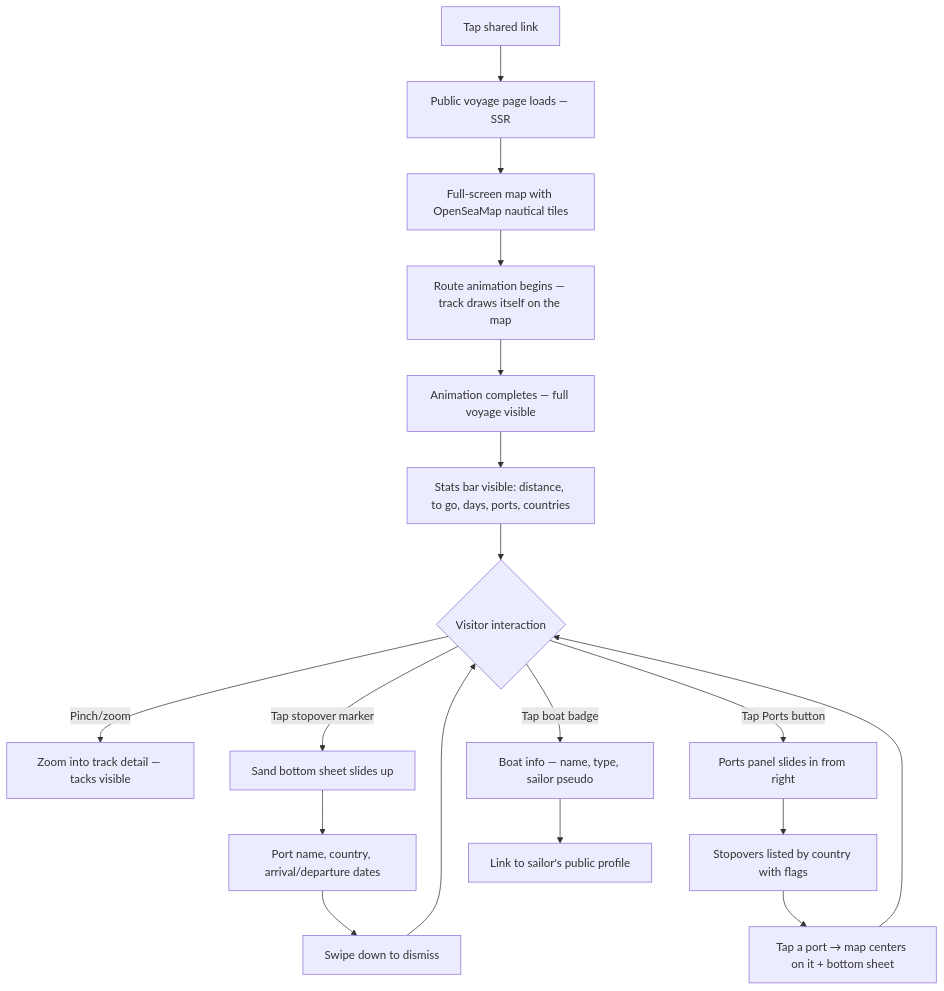
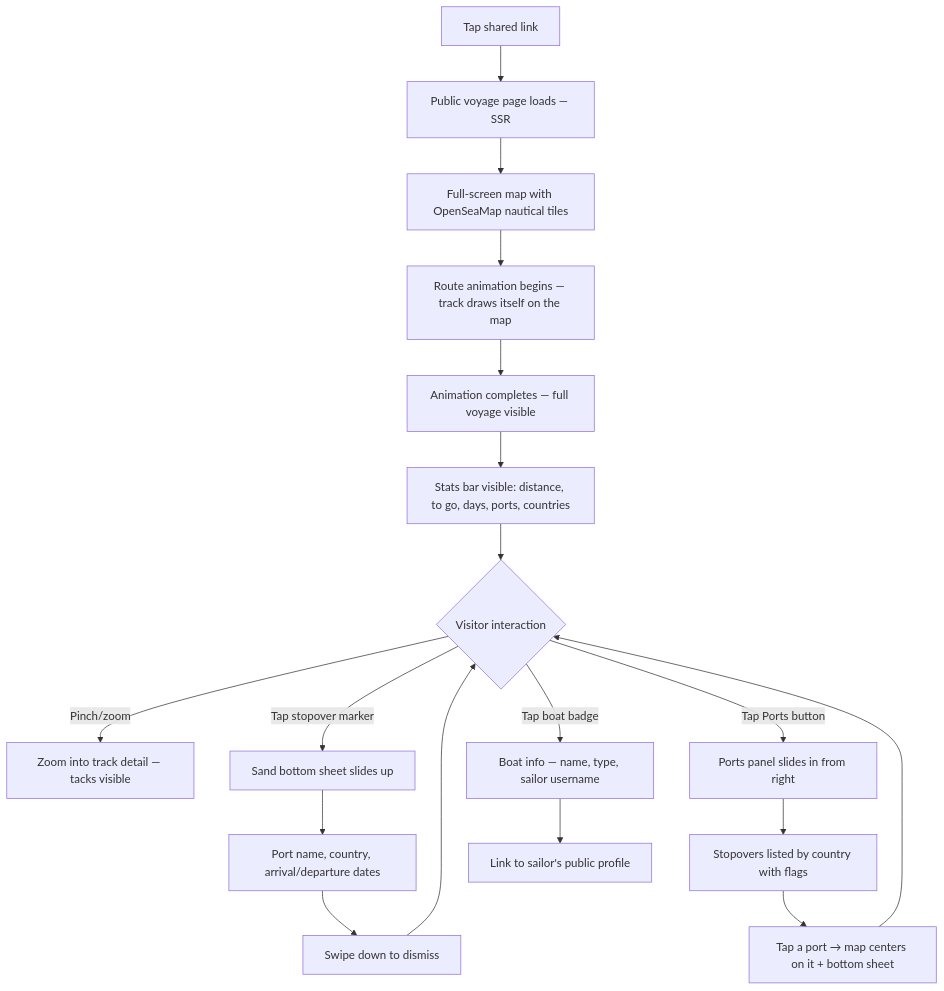
Before and after one commit to SebastienTr/bosco: the third of 4 diagrams in _bmad-output/planning-artifacts/ux-design-specification.md, drawn with Mermaid. The commit also changed other lines of this file and 35 other files, not shown here.

````diff
--- a/_bmad-output/planning-artifacts/ux-design-specification.md
+++ b/_bmad-output/planning-artifacts/ux-design-specification.md
@@ -610,20 +610,20 @@
 ```mermaid
 flowchart TD
     A[Tap shared link] --> B[Public voyage page loads — SSR]
     B --> C[Full-screen map with OpenSeaMap nautical tiles]
     C --> D["Route animation begins — track draws itself on the map"]
     D --> E[Animation completes — full voyage visible]
     E --> F[Stats bar visible: distance, to go, days, ports, countries]
     F --> G{Visitor interaction}
     G -->|Pinch/zoom| H[Zoom into track detail — tacks visible]
     G -->|Tap stopover marker| I[Sand bottom sheet slides up]
     I --> J[Port name, country, arrival/departure dates]
     J --> K[Swipe down to dismiss]
     G -->|Tap Ports button| L[Ports panel slides in from right]
     L --> M[Stopovers listed by country with flags]
     M --> N[Tap a port → map centers on it + bottom sheet]
-    G -->|Tap boat badge| O[Boat info — name, type, sailor pseudo]
+    G -->|Tap boat badge| O[Boat info — name, type, sailor username]
     O --> P[Link to sailor's public profile]
     K --> G
     N --> G
 ```
````
